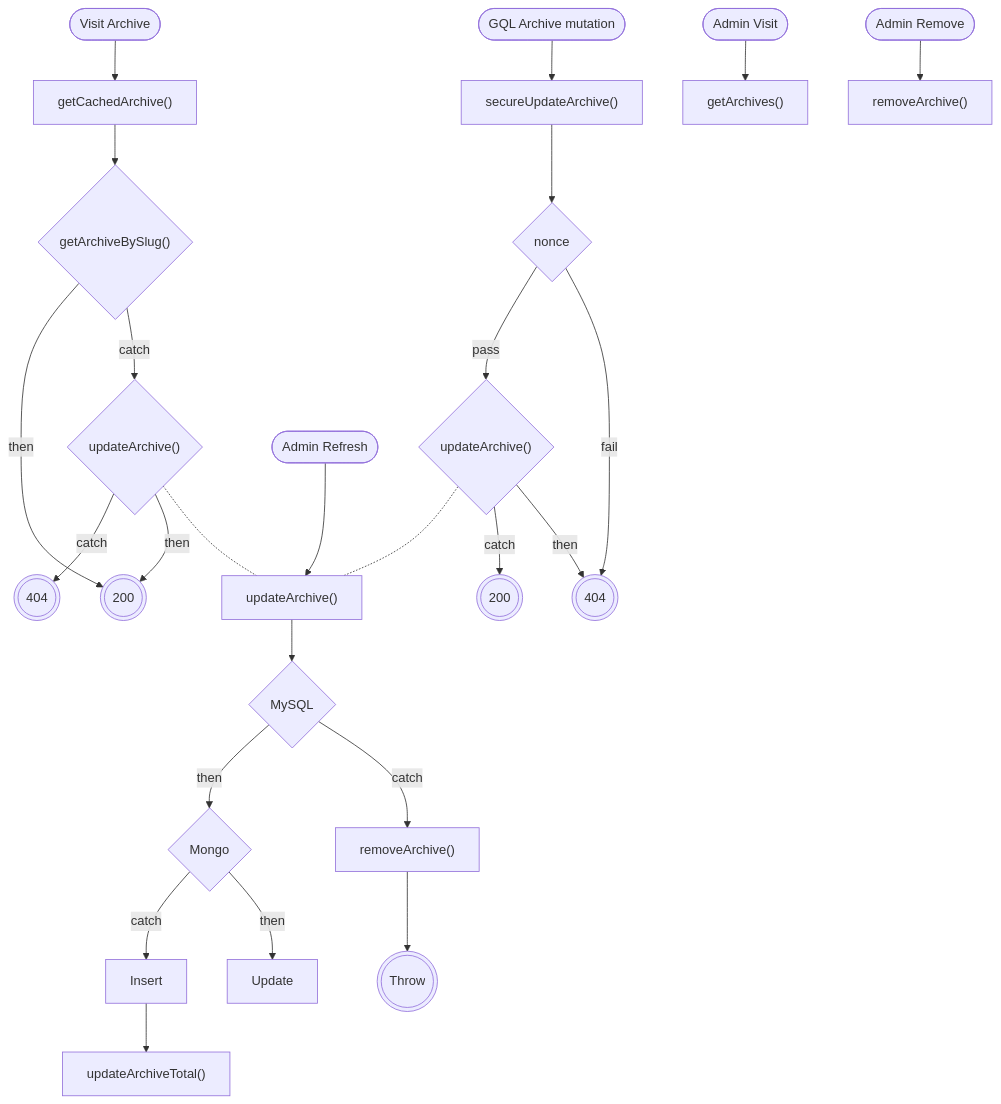
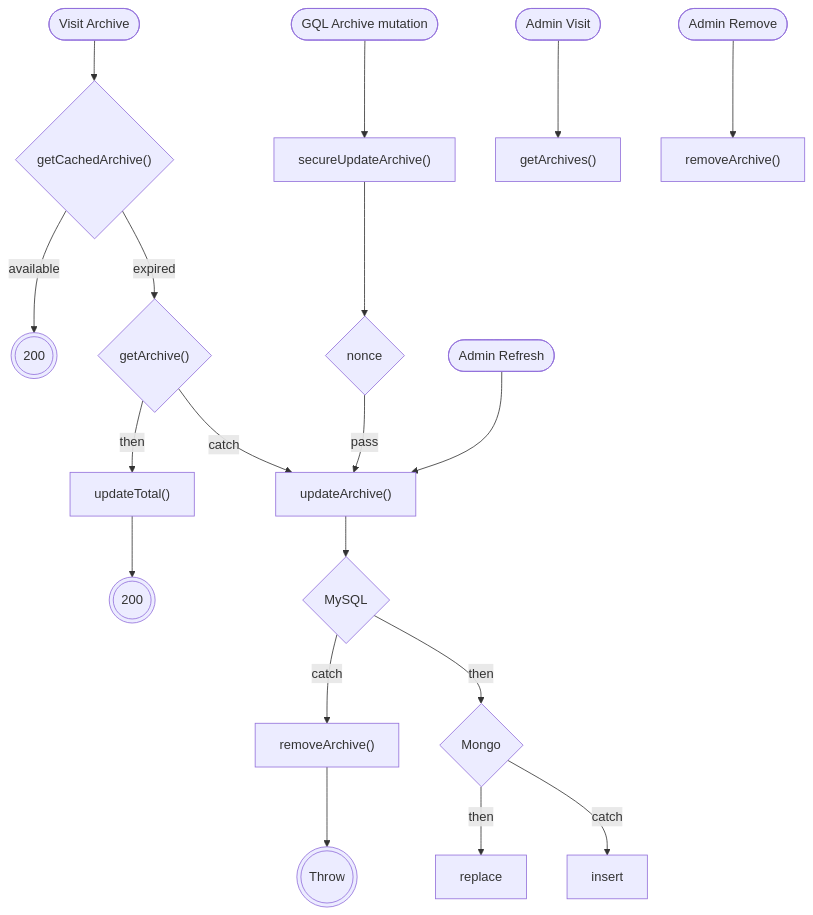
Before and after one commit to sujin2f/Sujin: the third of 4 diagrams in app/_lib/data/mongo/wordpress/diagram.md, drawn with Mermaid. The commit also changed other lines of this file and 112 other files, not shown here.

````diff
--- a/app/_lib/data/mongo/wordpress/diagram.md
+++ b/app/_lib/data/mongo/wordpress/diagram.md
@@ -74,34 +59,25 @@
 ```mermaid
 flowchart
-    A@{ shape: stadium, label: "Visit Archive" } --> G1["getCachedArchive()"]
-    G1 --> G3@{ shape: diamond, label: "getArchiveBySlug()" }
-    G3 -->|catch| G4@{ shape: diamond, label: "updateArchive()" }
-    G3 -->|then| G5@{ shape: dbl-circ, label: "200" }
-    G4 -.- J6
-    G4 -->|then| G5
-    G4 -->|catch| G8@{ shape: dbl-circ, label: "404" }
+    A@{ shape: stadium, label: "Visit Archive" } --> G1@{ shape: diamond, label: "getCachedArchive()" }
+    G1 -->|available| G10@{ shape: dbl-circ, label: "200" }
+    G1 -->|expired| G3@{ shape: diamond, label: "getArchive()" }
+    G3 -->|then| G9["updateTotal()"]
+    G3 -->|catch| J6
+    G9 --> G11@{ shape: dbl-circ, label: "200" }
 
     B@{ shape: stadium, label: "GQL Archive mutation" } --> I1
     I1["secureUpdateArchive()"] --> I2@{ shape: diamond, label: "nonce" }
-    I2 -->|fail| I3@{ shape: dbl-circ, label: "404" }
-    I2 -->|pass| I4@{ shape: diamond, label: "updateArchive()" }
-    I4 -->|then| I3
-    I4 -->|catch| I5@{ shape: dbl-circ, label: "200" }
+    I2 -->|pass| J6
 
     J1@{ shape: stadium, label: "Admin Visit" } --> J2["getArchives()"]
 
     J3@{ shape: stadium, label: "Admin Remove" } --> J4["removeArchive()"]
 
     J5@{ shape: stadium, label: "Admin Refresh" } --> J6["updateArchive()" ]
-
     J6 --> K3@{ shape: diamond, label: "MySQL" }
     K3 -->|catch| K4["removeArchive()"]
     K3 -->|then| K5@{ shape: diamond, label: "Mongo" }
-    K5 -->|then| K6["Update"]
-    K5 -->|catch| K7["Insert"]
+    K5 -->|then| K6["replace"]
+    K5 -->|catch| K7["insert"]
     K4 --> K9@{ shape: dbl-circ, label: "Throw" }
-
-    I4 -.- J6
-
-    K7 --> Archive1["updateArchiveTotal()"]
 ```
````
